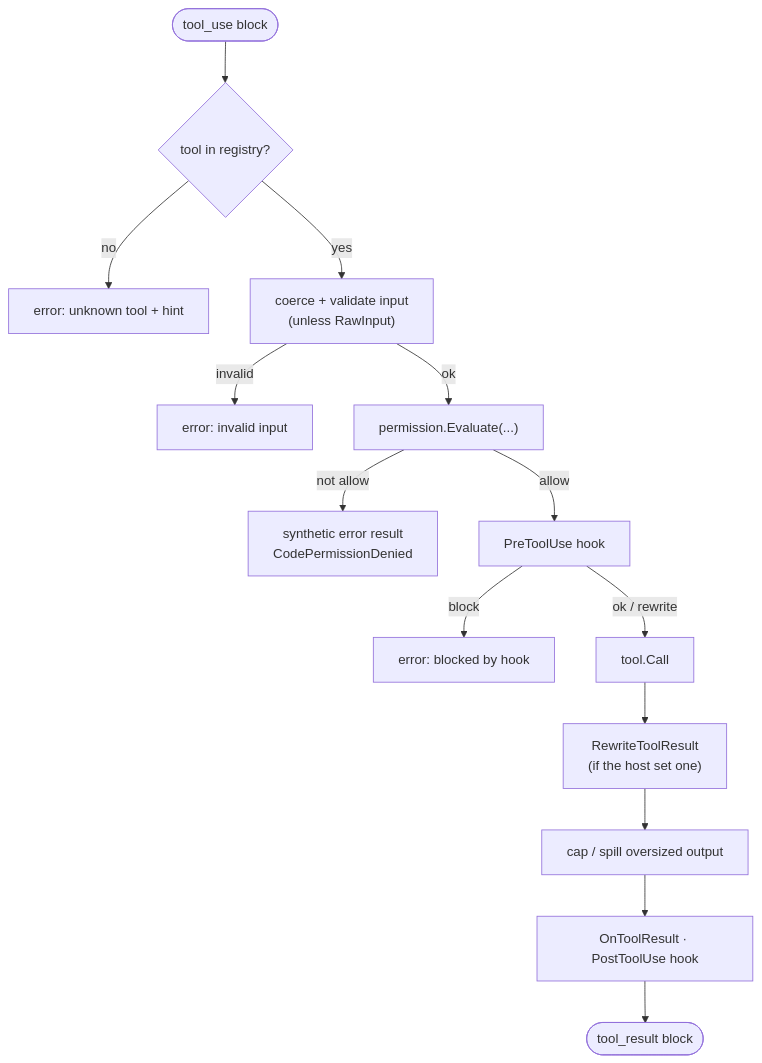
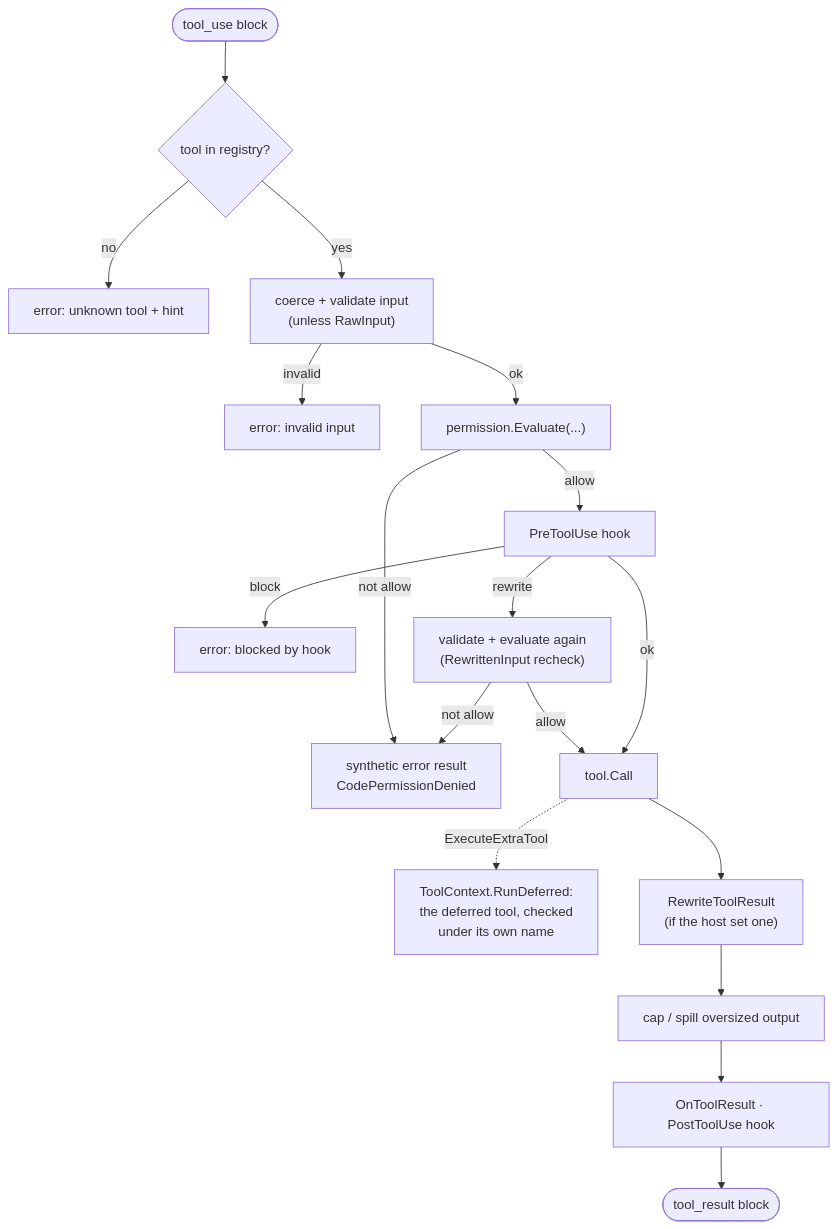
Before and after one commit to 0xmanhnv/Norma: the fourth of 8 diagrams in docs/ARCHITECTURE.md, drawn with Mermaid. The commit also changed other lines of this file and 28 other files, not shown here.

````diff
--- a/docs/ARCHITECTURE.md
+++ b/docs/ARCHITECTURE.md
@@ -234,16 +234,20 @@
 ```mermaid
 flowchart TD
     Call([tool_use block]) --> Resolve{tool in registry?}
     Resolve -->|no| Unknown[error: unknown tool + hint]
     Resolve -->|yes| Coerce["coerce + validate input<br/>(unless RawInput)"]
     Coerce -->|invalid| BadInput[error: invalid input]
     Coerce -->|ok| Eval["permission.Evaluate(...)"]
     Eval -->|not allow| Denied["synthetic error result<br/>CodePermissionDenied"]
     Eval -->|allow| PreHook["PreToolUse hook"]
     PreHook -->|block| Blocked[error: blocked by hook]
-    PreHook -->|ok / rewrite| Run["tool.Call"]
+    PreHook -->|rewrite| Recheck["validate + evaluate again<br/>(RewrittenInput recheck)"]
+    Recheck -->|allow| Run
+    Recheck -->|not allow| Denied
+    PreHook -->|ok| Run["tool.Call"]
+    Run -.->|ExecuteExtraTool| Deferred["ToolContext.RunDeferred:<br/>the deferred tool, checked<br/>under its own name"]
     Run --> Rewrite["RewriteToolResult<br/>(if the host set one)"]
     Rewrite --> Cap["cap / spill oversized output"]
     Cap --> Post["OnToolResult · PostToolUse hook"]
     Post --> Result([tool_result block])
 ```
````
